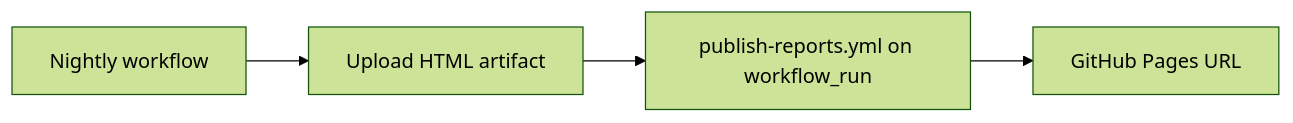
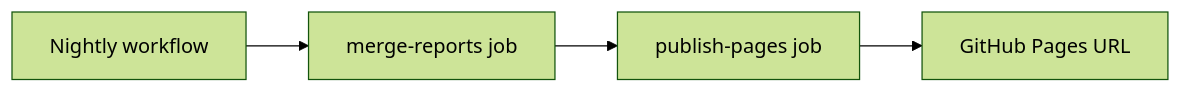
One commit to hemantjanrao/playwright-learning changed the diagram in .cursor/skills/devops/reporting.md. Above: the diagram before and after it, drawn with Mermaid (forest theme). The commit also changed other lines of this file and 26 other files, not shown here.

````diff
--- a/.cursor/skills/devops/reporting.md
+++ b/.cursor/skills/devops/reporting.md
@@ -56,6 +56,6 @@
 ```mermaid
 flowchart LR
-    NIGHTLY["Nightly workflow"] --> ARTIFACT["Upload HTML artifact"]
-    ARTIFACT --> PUBLISH["publish-reports.yml on workflow_run"]
+    NIGHTLY["Nightly workflow"] --> MERGE["merge-reports job"]
+    MERGE --> PUBLISH["publish-pages job"]
     PUBLISH --> PAGES["GitHub Pages URL"]
 ```
````
